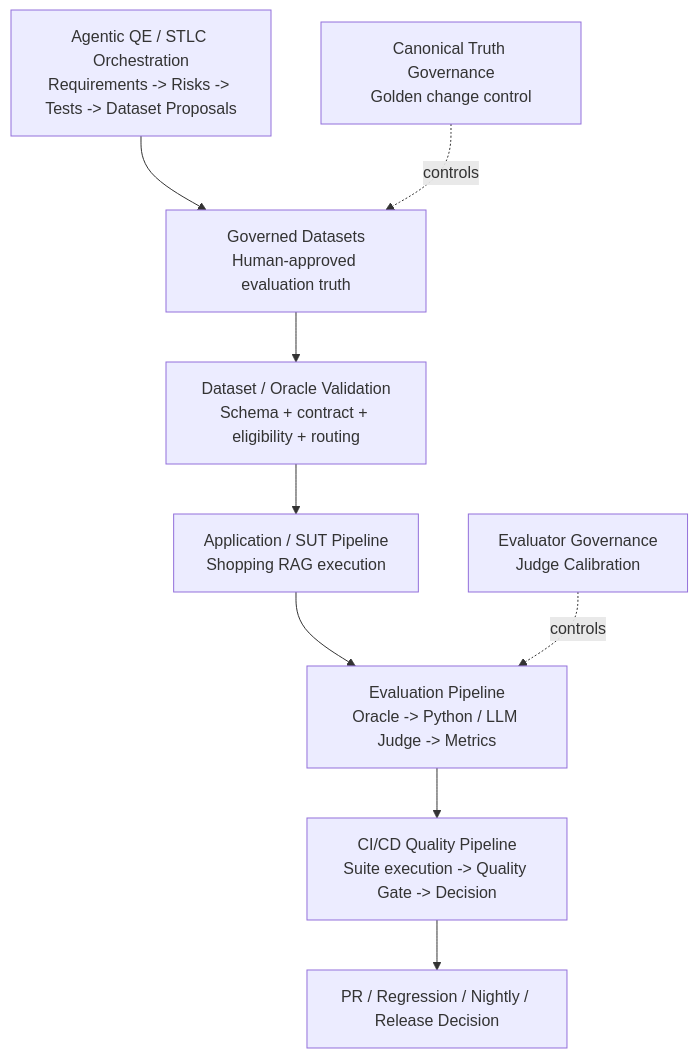
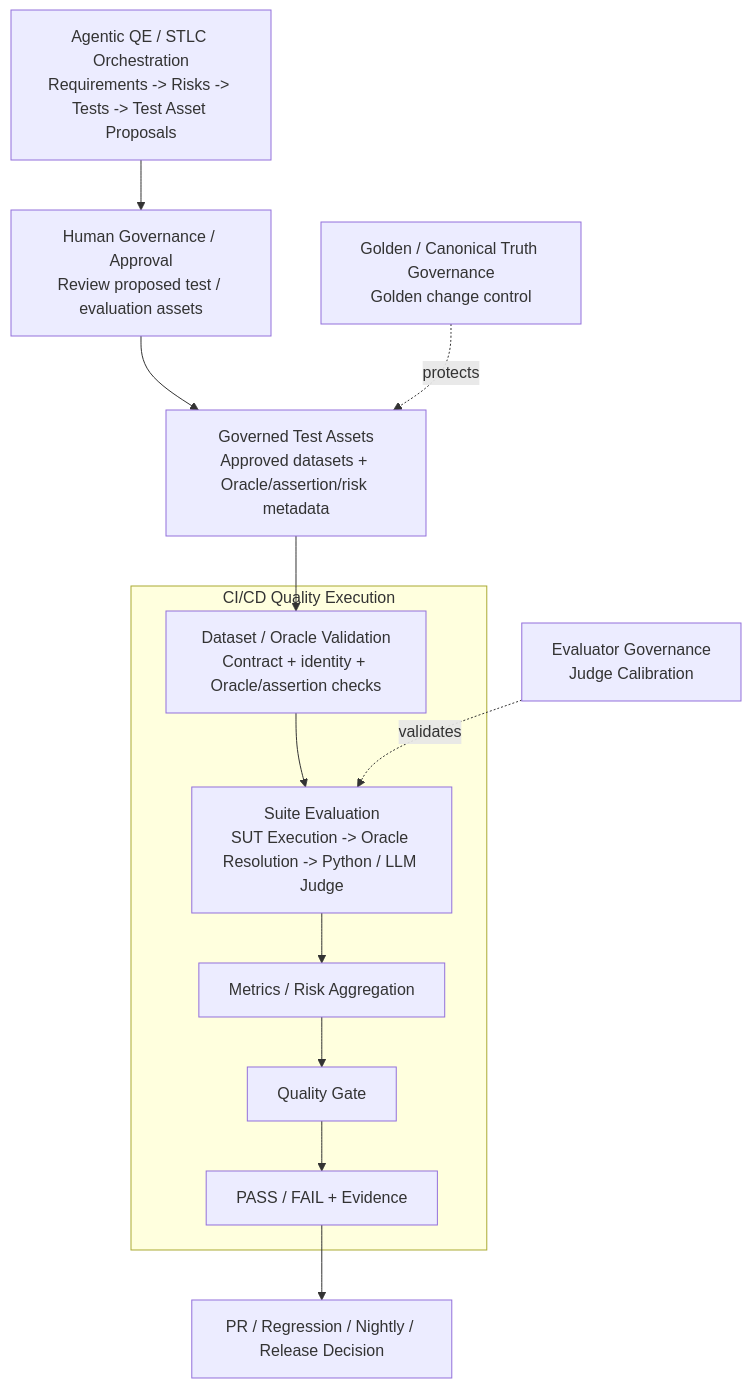
One commit to oleksandrserhieiev-beep/ai-qe-lab changed the diagram in README.md. Above: the diagram before and after it, drawn with Mermaid. The commit also changed other lines of this file, not shown here.

Commit message:
docs: align master architecture with execution boundaries

````diff
--- a/README.md
+++ b/README.md
@@ -19,19 +19,28 @@
 ```mermaid
 flowchart TB
-    ORCH["Agentic QE / STLC Orchestration\nRequirements -> Risks -> Tests -> Dataset Proposals"]
-    GOVDATA["Governed Datasets\nHuman-approved evaluation truth"]
-    VALID["Dataset / Oracle Validation\nSchema + contract + eligibility + routing"]
-    APP["Application / SUT Pipeline\nShopping RAG execution"]
-    EVAL["Evaluation Pipeline\nOracle -> Python / LLM Judge -> Metrics"]
-    QG["CI/CD Quality Pipeline\nSuite execution -> Quality Gate -> Decision"]
+    ORCH["Agentic QE / STLC Orchestration\nRequirements -> Risks -> Tests -> Test Asset Proposals"]
+    HGA["Human Governance / Approval\nReview proposed test / evaluation assets"]
+    GTA["Governed Test Assets\nApproved datasets + Oracle/assertion/risk metadata"]
 
-    ORCH --> GOVDATA
-    GOVDATA --> VALID
-    VALID --> APP
-    APP --> EVAL
-    EVAL --> QG
+    ORCH --> HGA
+    HGA --> GTA
 
-    EGOV["Evaluator Governance\nJudge Calibration"] -. controls .-> EVAL
-    GGOV["Canonical Truth Governance\nGolden change control"] -. controls .-> GOVDATA
-    QG --> DEC["PR / Regression / Nightly / Release Decision"]
+    subgraph CICD["CI/CD Quality Execution"]
+        VALID["Dataset / Oracle Validation\nContract + identity + Oracle/assertion checks"]
+        SUITE["Suite Evaluation\nSUT Execution -> Oracle Resolution -> Python / LLM Judge"]
+        MET["Metrics / Risk Aggregation"]
+        QG["Quality Gate"]
+        EVID["PASS / FAIL + Evidence"]
+
+        VALID --> SUITE
+        SUITE --> MET
+        MET --> QG
+        QG --> EVID
+    end
+
+    GTA --> VALID
+    EVID --> DEC["PR / Regression / Nightly / Release Decision"]
+
+    EGOV["Evaluator Governance\nJudge Calibration"] -. validates .-> SUITE
+    GGOV["Golden / Canonical Truth Governance\nGolden change control"] -. protects .-> GTA
 ```
````
